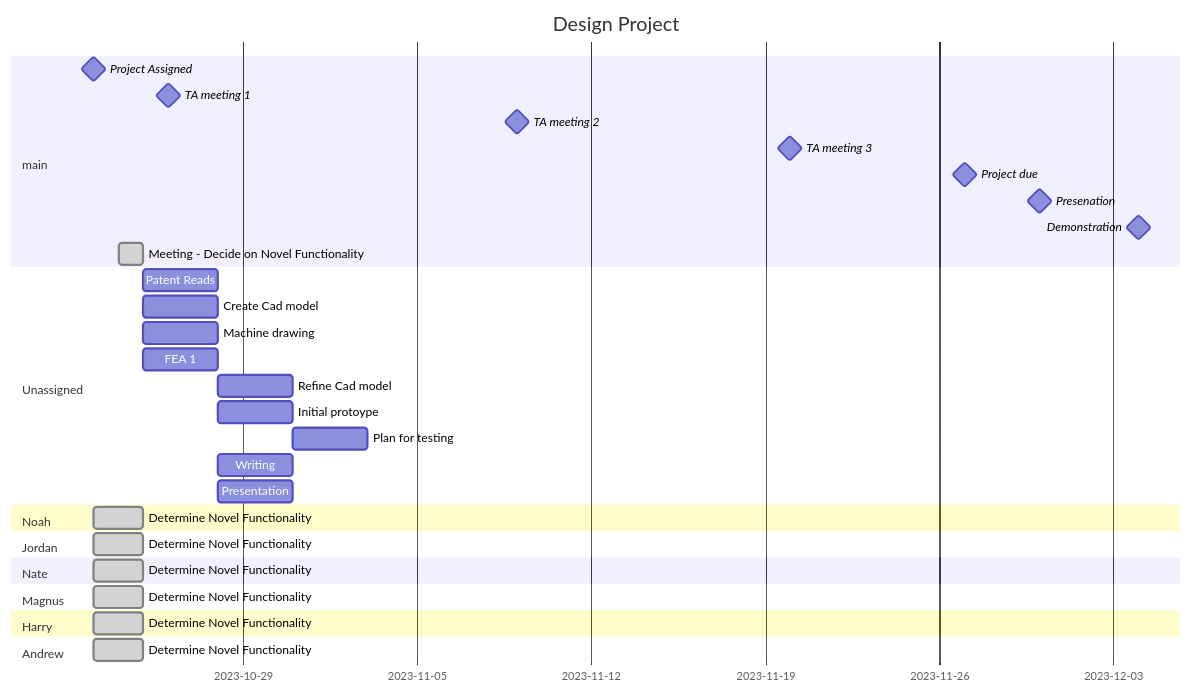
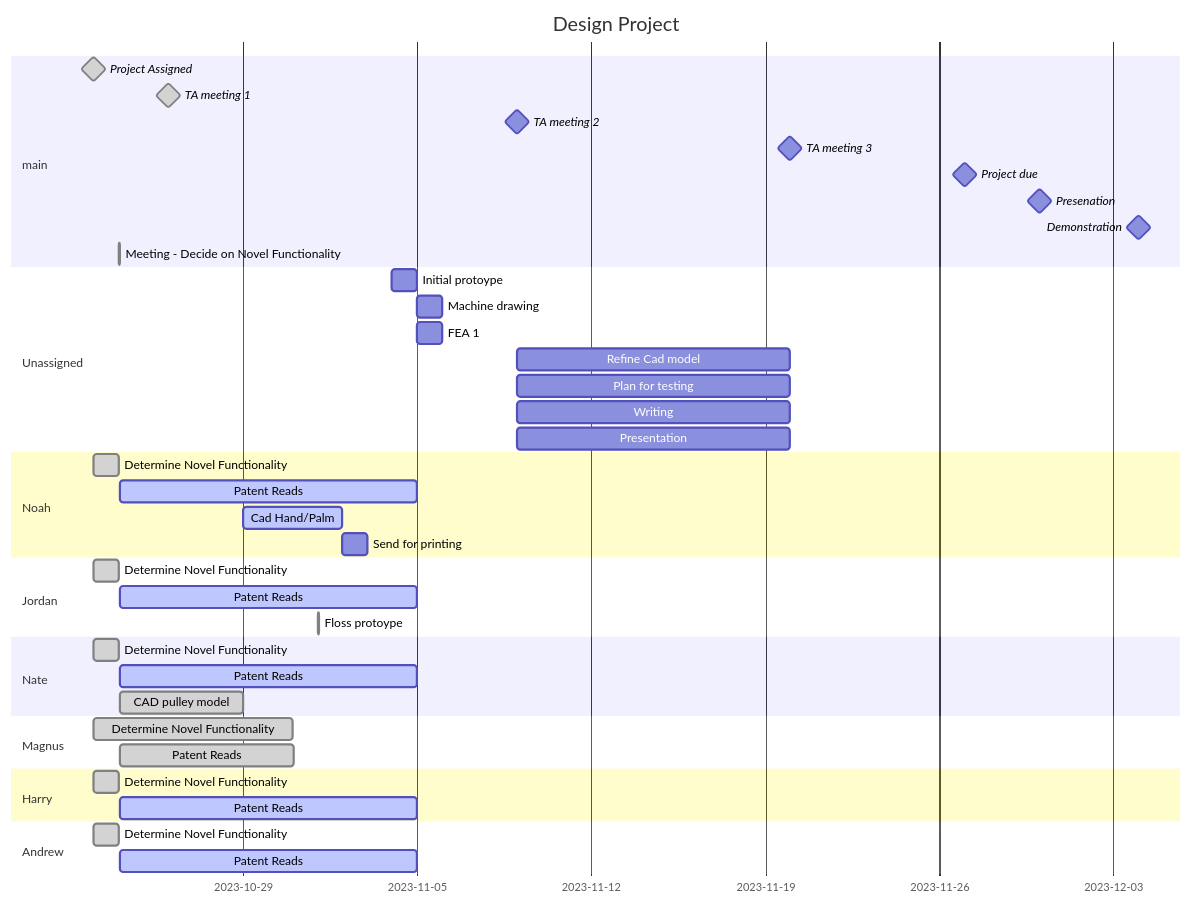
Before and after one commit to greyw0lv/DesignProject: the diagram in Gantt.md, drawn with Mermaid.

Commit message:
Update Gantt.md
Updated Gantt chart to reflect everything up to Nov 1st

````diff
--- a/Gantt.md
+++ b/Gantt.md
@@ -1,42 +1,54 @@
 ```mermaid
 gantt
     title Design Project
     dateFormat  YYYY-MM-DD
 
     section main
-    Project Assigned                        :milestone, 2023-10-23,0d
-    TA meeting 1                            :milestone, 2023-10-26,0d
-    TA meeting 2                            :milestone, 2023-11-09,0d
-    TA meeting 3                            :milestone, 2023-11-20,0d
-    Project due                             :milestone, 2023-11-27,0d
-    Presenation                             :milestone, 2023-11-30,0d
-    Demonstration                           :milestone, 2023-12-04,0d
+    Project Assigned         :done,milestone, 2023-10-23,0d
+    TA meeting 1             :done,milestone, 2023-10-26,0d
+    TA meeting 2             :milestone, 2023-11-09,0d
+    TA meeting 3             :milestone, 2023-11-20,0d
+    Project due              :milestone, 2023-11-27,0d
+    Presenation              :milestone, 2023-11-30,0d
+    Demonstration            :milestone, 2023-12-04,0d
 
-    Meeting - Decide on Novel Functionality :done, m1,2023-10-24, 1d
+    Meeting - Decide on Novel Functionality :done,m1,2023-10-24, 1h
 
 
     section Unassigned
-    Patent Reads :after m1,3d
-    Create Cad model : C1,after m1,3d
-    Machine drawing : after m1,3d
-    FEA 1 : after m1, 3d
-    Refine Cad model : after C1, 3d
-    Initial protoype : p1,after C1,3d
-    Plan for testing : after p1, 3d
-    Writing : after C1, 3d
-    Presentation : after C1, 3d
+    
+    Initial protoype : p2, 2023-11-04,1d
+
+    Machine drawing : 2023-11-05, 2023-11-06
+    FEA 1            :2023-11-05, 2023-11-06
+    Refine Cad model : 2023-11-09, 2023-11-20
+    
+    Plan for testing    :2023-11-09, 2023-11-20
+    Writing             :2023-11-09, 2023-11-20
+    Presentation        :2023-11-09, 2023-11-20
 
     section Noah
-    Determine Novel Functionality           :done,2023-10-23, 2d
+    Determine Novel Functionality      :done,2023-10-23, 1d
+    Patent Reads                       :active,p1,after m1,2023-11-05
+    Cad Hand/Palm                      :active,C2,2023-10-29,2023-11-02
+    Send for printing                  :p1,after C2,1d
     section Jordan
-    Determine Novel Functionality           :done,2023-10-23, 2d
+    Determine Novel Functionality      :done,2023-10-23, 1d
+    Patent Reads                       :active,p2,after m1,2023-11-05
+    Floss protoype                      :done,2023-11-01,2h
     section Nate
-    Determine Novel Functionality           :done,2023-10-23, 2d
+    Determine Novel Functionality      :done,2023-10-23, 1d
+    Patent Reads                       :active,p3,after m1, 2023-11-05
+    CAD pulley model                   :done,C1,after m1,2023-10-29
     section Magnus
-    Determine Novel Functionality           :done,2023-10-23, 2d
+    Determine Novel Functionality      :done,2023-10-23, 8d
+    Patent Reads                       :done,p4,after m1,7d
     section Harry
-    Determine Novel Functionality           :done,2023-10-23, 2d
+    Determine Novel Functionality      :done,2023-10-23, 1d
+    Patent Reads                            :active,p5,after m1,2023-11-05
     section Andrew
-    Determine Novel Functionality           :done,2023-10-23, 2d
+    Determine Novel Functionality           :done,2023-10-23, 1d
+    Patent Reads                            :active,p6,after m1,2023-11-05
+
 
 ```
````
